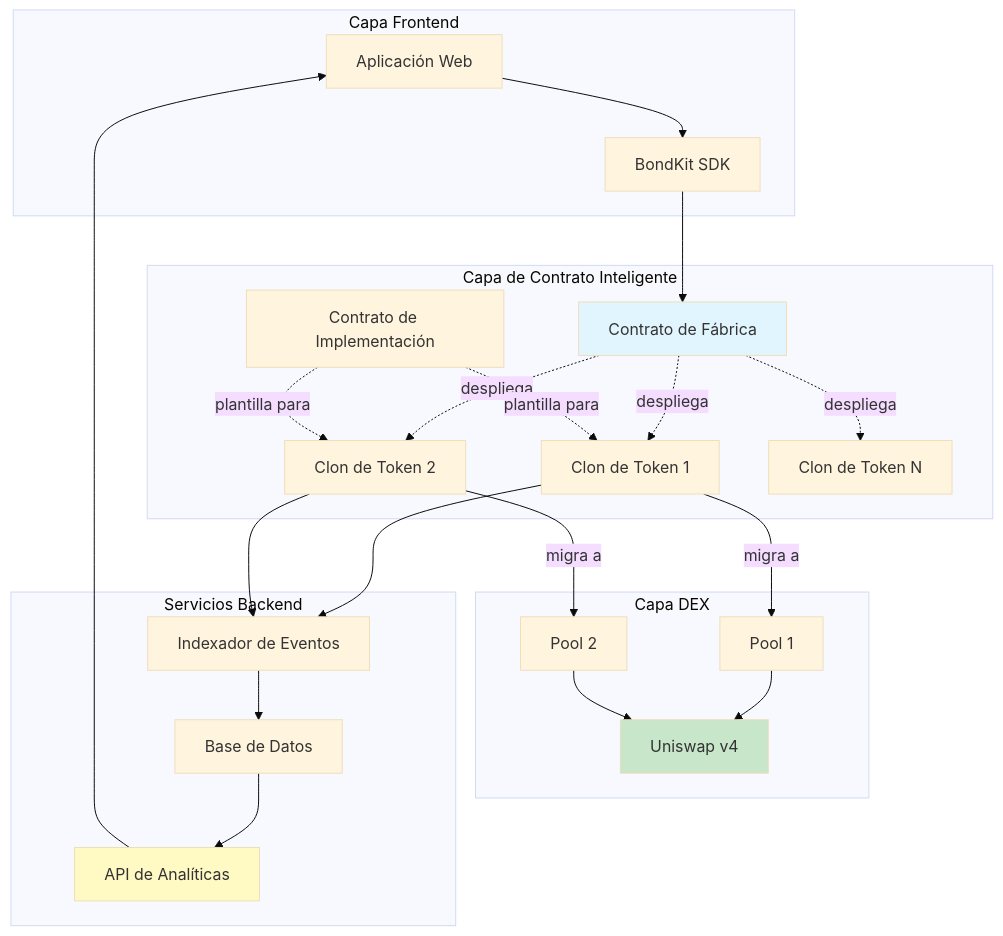
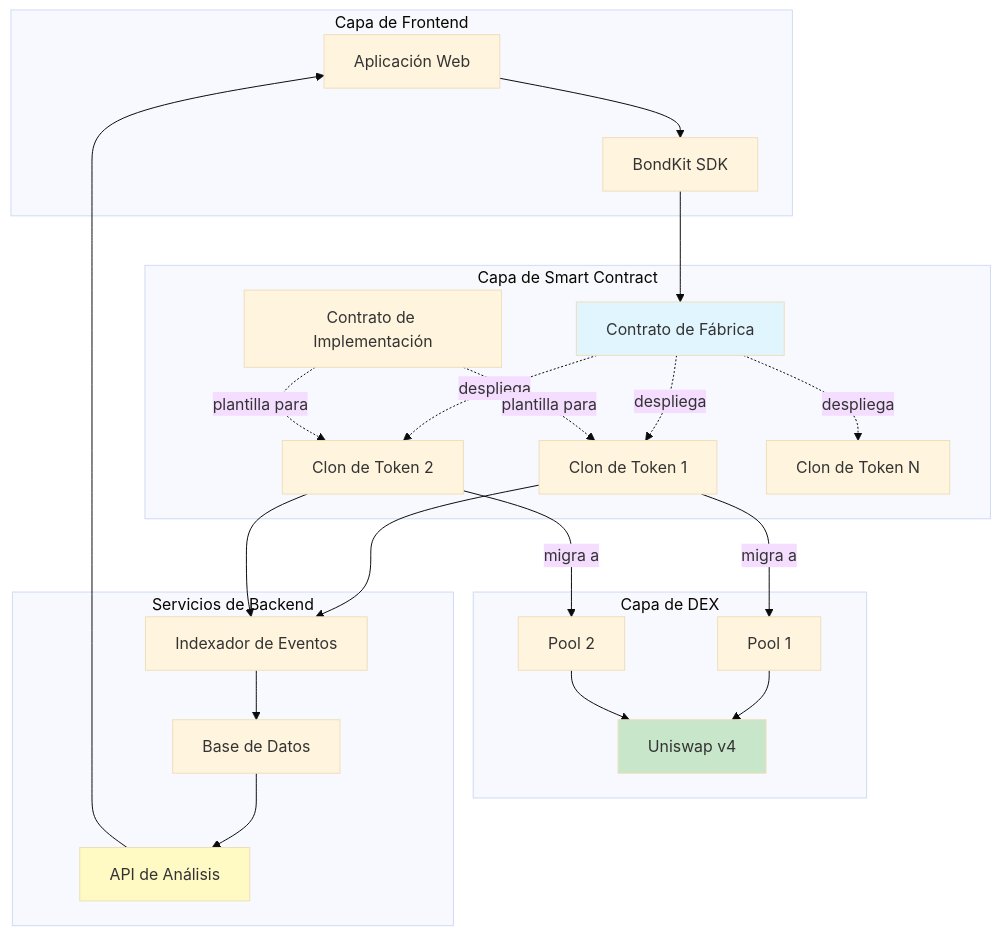
Before and after one commit to b3-fun/b3: the diagram in docs/es/bondkit/how-it-works.mdx, drawn with Mermaid (base theme). The commit also changed other lines of this file and 113 other files, not shown here.

````diff
--- a/docs/es/bondkit/how-it-works.mdx
+++ b/docs/es/bondkit/how-it-works.mdx
@@ -11,50 +11,50 @@
 ```mermaid
 graph TB
-    subgraph "Capa Frontend"
+    subgraph "Capa de Frontend"
         UI["Aplicación Web"]
         SDK["BondKit SDK"]
     end
     
-    subgraph "Capa de Contrato Inteligente"
+    subgraph "Capa de Smart Contract"
         Factory["Contrato de Fábrica"]
         Impl["Contrato de Implementación"]
         Token1["Clon de Token 1"]
         Token2["Clon de Token 2"]
         TokenN["Clon de Token N"]
     end
     
-    subgraph "Capa DEX"
+    subgraph "Capa de DEX"
         V4["Uniswap v4"]
         Pool1["Pool 1"]
         Pool2["Pool 2"]
     end
     
-    subgraph "Servicios Backend"
-        API["API de Analíticas"]
+    subgraph "Servicios de Backend"
+        API["API de Análisis"]
         DB["Base de Datos"]
         Indexer["Indexador de Eventos"]
     end
     
     UI --> SDK
     SDK --> Factory
     Factory -.->|despliega| Token1
     Factory -.->|despliega| Token2
     Factory -.->|despliega| TokenN
     Token1 -->|migra a| Pool1
     Token2 -->|migra a| Pool2
     Pool1 --> V4
     Pool2 --> V4
     
     Token1 --> Indexer
     Token2 --> Indexer
     Indexer --> DB
     DB --> API
     API --> UI
     
     Impl -.->|plantilla para| Token1
     Impl -.->|plantilla para| Token2
     
     style Factory fill:#e1f5fe
     style V4 fill:#c8e6c9
     style API fill:#fff9c4
 ```
````
